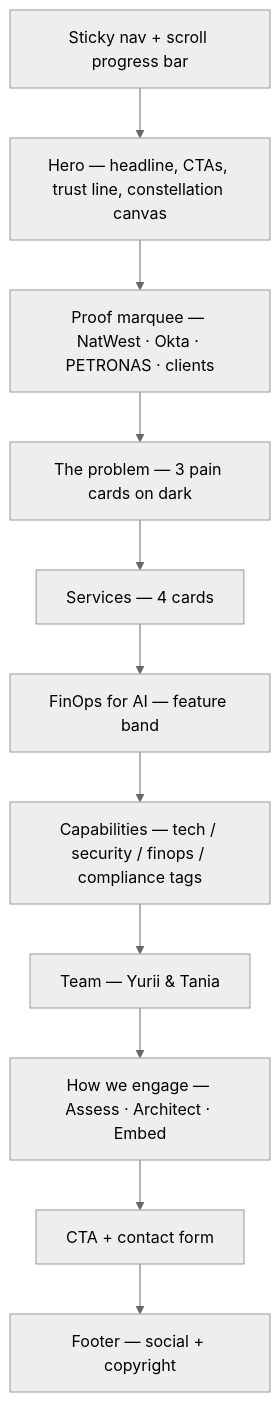
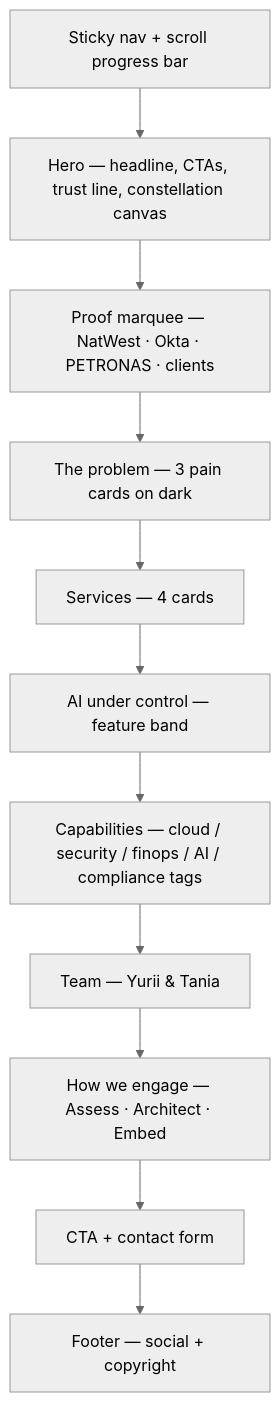
Before and after one commit to it-rat/it-rat.github.io: the second of 4 diagrams in README.md, drawn with Mermaid (neutral theme). The commit also changed other lines of this file and 2 other files, not shown here.

````diff
--- a/README.md
+++ b/README.md
@@ -57,16 +59,16 @@
 ```mermaid
 flowchart TD
     NAV[Sticky nav + scroll progress bar]
     HERO[Hero — headline, CTAs, trust line, constellation canvas]
     PROOF[Proof marquee — NatWest · Okta · PETRONAS · clients]
     PAIN[The problem — 3 pain cards on dark]
     SVC[Services — 4 cards]
-    AIB[FinOps for AI — feature band]
-    CAP[Capabilities — tech / security / finops / compliance tags]
+    AIB[AI under control — feature band]
+    CAP[Capabilities — cloud / security / finops / AI / compliance tags]
     TEAM[Team — Yurii & Tania]
     PROC[How we engage — Assess · Architect · Embed]
     CTA[CTA + contact form]
     FOOT[Footer — social + copyright]
 
     NAV --> HERO --> PROOF --> PAIN --> SVC --> AIB --> CAP --> TEAM --> PROC --> CTA --> FOOT
 ```
````
